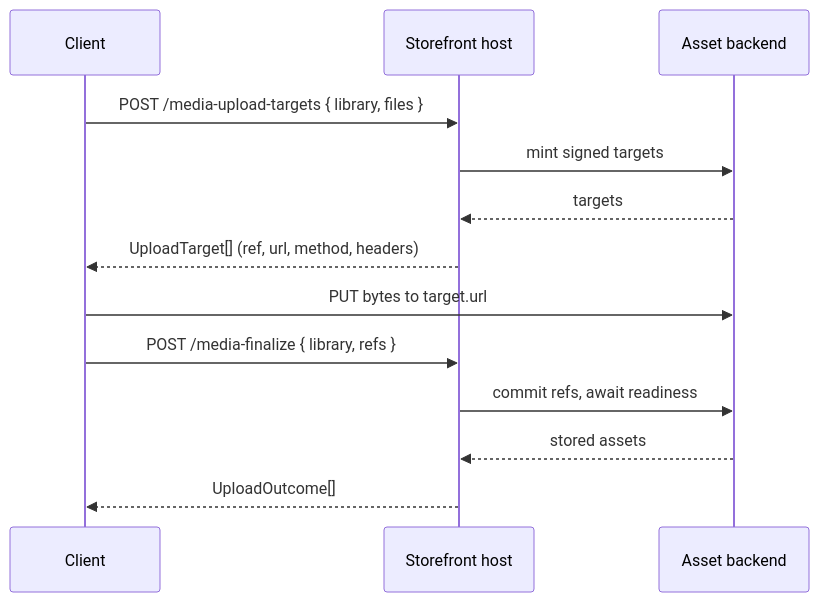
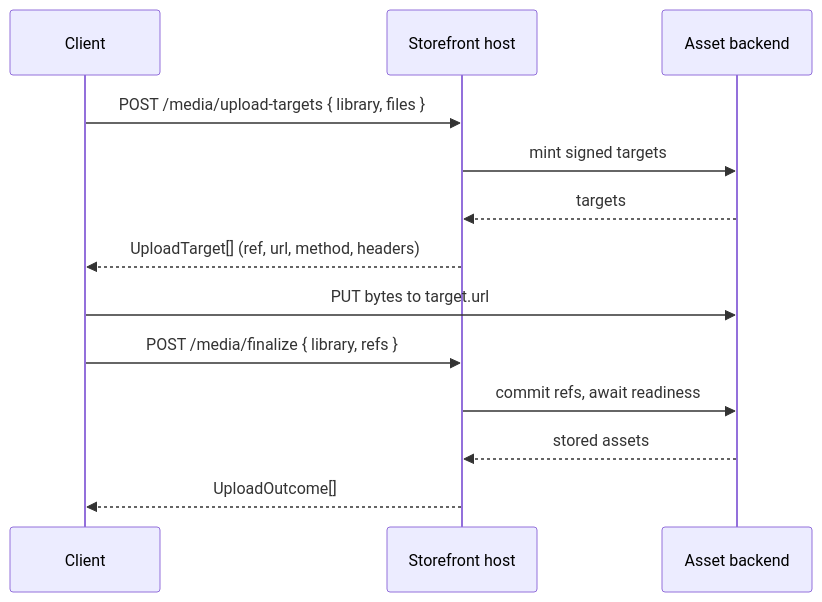
The second of 2 diagrams in content/9.Data-API/2.Management-API/1.assets.md (laioutr/docs), drawn with Mermaid before and after one commit. The commit also changed other lines of this file and 3 other files, not shown here.

````diff
--- a/content/9.Data-API/2.Management-API/1.assets.md
+++ b/content/9.Data-API/2.Management-API/1.assets.md
@@ -381,15 +329,15 @@
 ```mermaid
 sequenceDiagram
   participant C as Client
   participant H as Storefront host
   participant B as Asset backend
-  C->>H: POST /media-upload-targets { library, files }
+  C->>H: POST /media/upload-targets { library, files }
   H->>B: mint signed targets
   B-->>H: targets
   H-->>C: UploadTarget[] (ref, url, method, headers)
   C->>B: PUT bytes to target.url
-  C->>H: POST /media-finalize { library, refs }
+  C->>H: POST /media/finalize { library, refs }
   H->>B: commit refs, await readiness
   B-->>H: stored assets
   H-->>C: UploadOutcome[]
 ```
````
